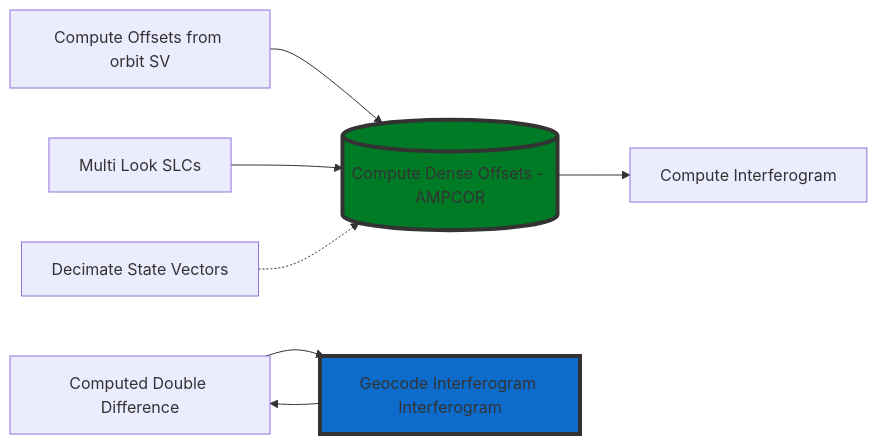
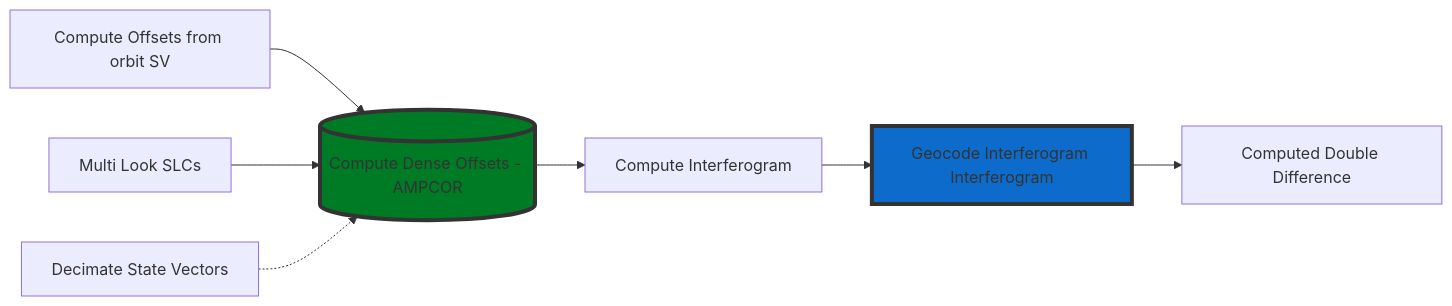
Before and after one commit to insarwxw/iceye_gamma_proc: the diagram in README.md, drawn with Mermaid.

Commit message:
Mermaid Flowchart Updated 2.

````diff
--- a/README.md
+++ b/README.md
@@ -29,12 +29,12 @@
 ```mermaid
   graph LR;
       A[Compute Offsets from orbit SV]-->D[(Compute Dense Offsets - AMPCOR)];
       B[Multi Look SLCs]-->D;
       C[Decimate State Vectors]-.->D;
       D-->E[Compute Interferogram];
-      G-->F[Geocode Interferogram Interferogram];
+      E-->F[Geocode Interferogram Interferogram];
       F-->G[Computed Double Difference];
       style D fill:#007b25,stroke:#333,stroke-width:4px
       style F fill:#0d6ccb,stroke:#333,stroke-width:4px
 
 ```
````
